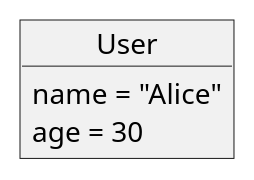
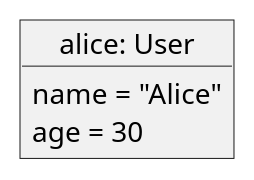
The first of 2 diagrams in src/modeling/uml/object-diagrams.adoc (kieranpotts/cheats), drawn with PlantUML before and after one commit. The commit also changed other lines of this file and 13 other files, not shown here.

```diff
--- a/src/modeling/uml/object-diagrams.adoc
+++ b/src/modeling/uml/object-diagrams.adoc
@@ -48,7 +48,7 @@
 [plantuml]
 ....
-object "User" as alice {
+object "alice: User" as alice {
   name = "Alice"
   age = 30
 }
 ....
```
